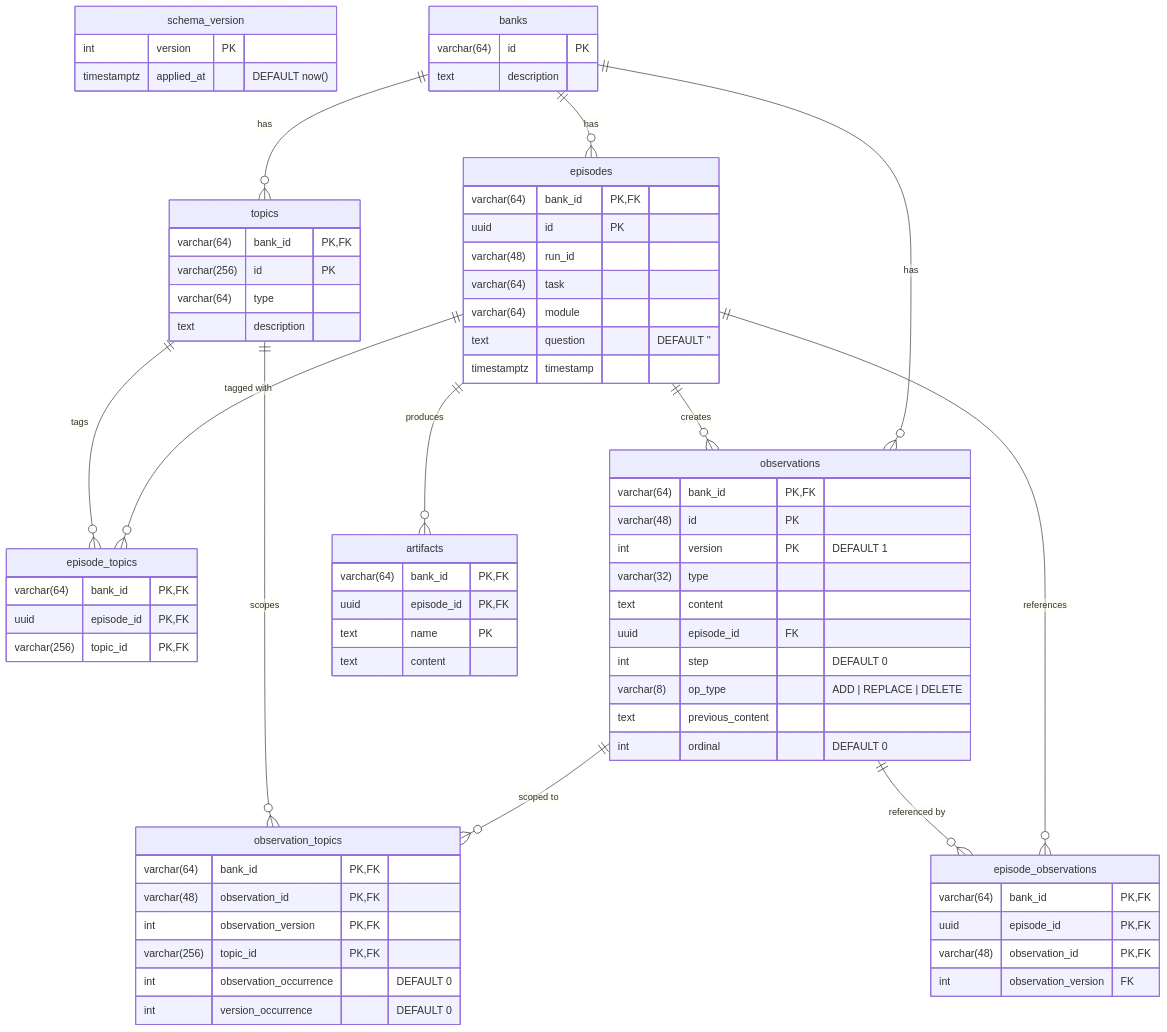
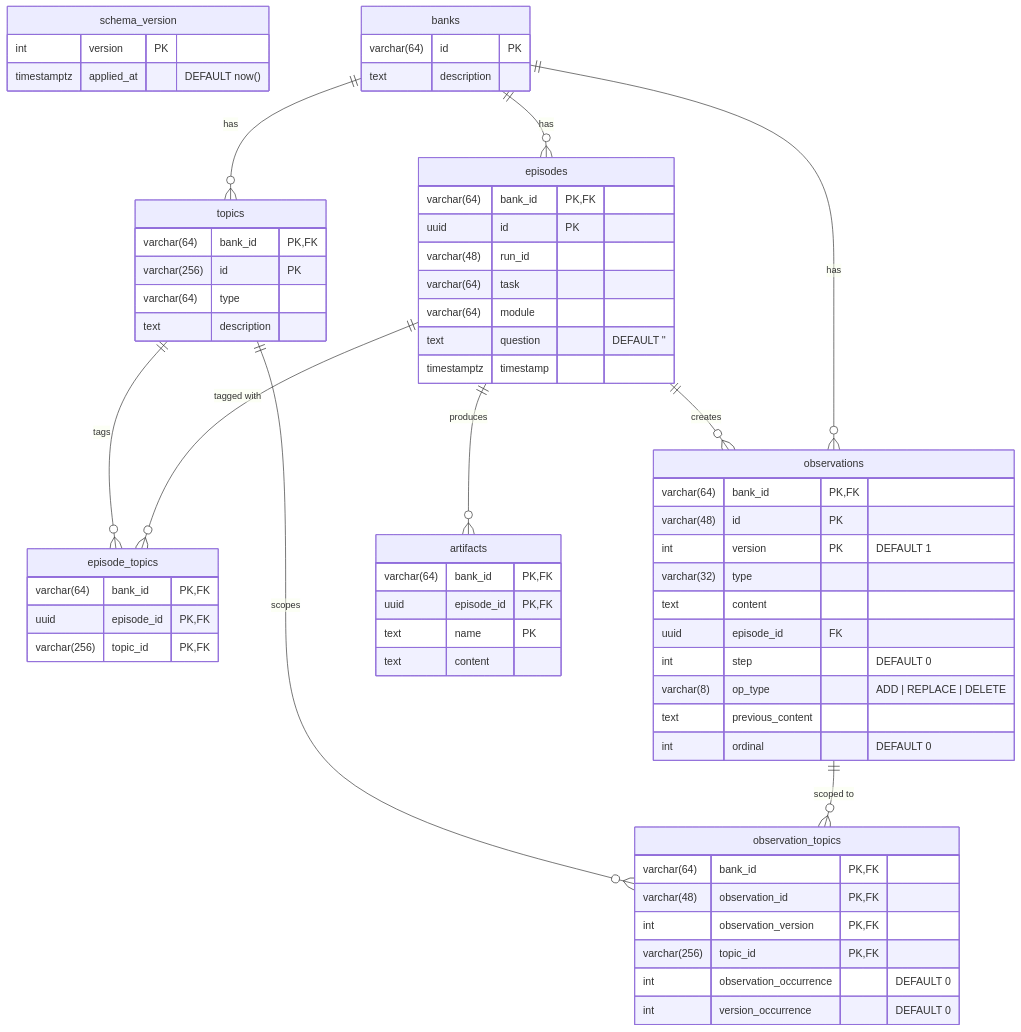
One commit to khezen/codespy changed the diagram in docs/memory.md. Above: the diagram before and after it, drawn with Mermaid. The commit also changed other lines of this file and 3 other files, not shown here.

````diff
--- a/docs/memory.md
+++ b/docs/memory.md
@@ -129,13 +129,6 @@
         int version_occurrence "DEFAULT 0"
     }
 
-    episode_observations {
-        varchar(64) bank_id PK, FK
-        uuid episode_id PK, FK
-        varchar(48) observation_id PK, FK
-        int observation_version FK
-    }
-
     artifacts {
         varchar(64) bank_id PK, FK
         uuid episode_id PK, FK
@@ -150,8 +143,6 @@
     topics ||--o{ episode_topics : "tags"
     episodes ||--o{ observations : "creates"
     episodes ||--o{ artifacts : "produces"
-    episodes ||--o{ episode_observations : "references"
-    observations ||--o{ episode_observations : "referenced by"
     observations ||--o{ observation_topics : "scoped to"
     topics ||--o{ observation_topics : "scopes"
 ```
````
